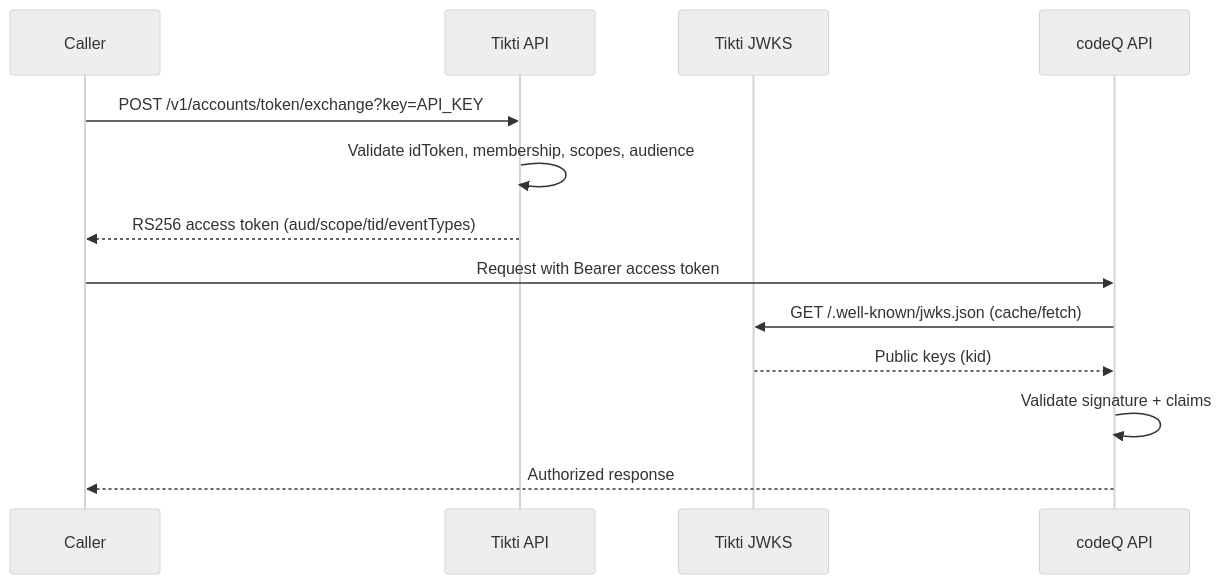
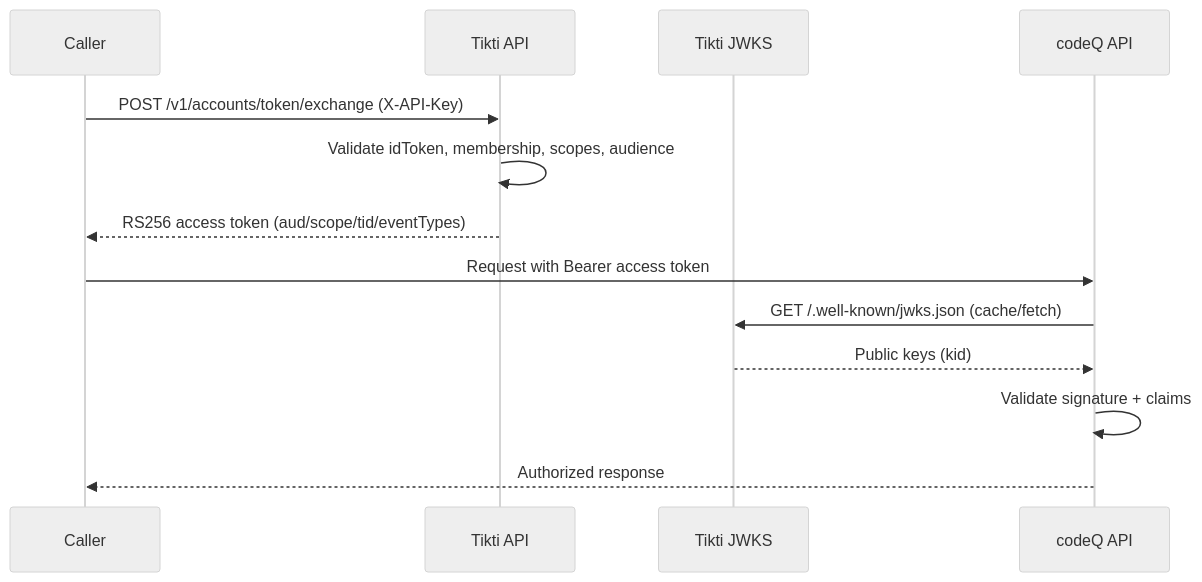
Before and after one commit to osvaldoandrade/tikti: the diagram in wiki/Use-Cases-codeQ-Worker-Token-Exchange.md, drawn with Mermaid (neutral theme). The commit also changed other lines of this file and 28 other files, not shown here.

````diff
--- a/wiki/Use-Cases-codeQ-Worker-Token-Exchange.md
+++ b/wiki/Use-Cases-codeQ-Worker-Token-Exchange.md
@@ -26,16 +26,16 @@
 ```mermaid
 sequenceDiagram
     participant C as Caller
     participant T as Tikti API
     participant J as Tikti JWKS
     participant Q as codeQ API
 
-    C->>T: POST /v1/accounts/token/exchange?key=API_KEY
+    C->>T: POST /v1/accounts/token/exchange (X-API-Key)
     T->>T: Validate idToken, membership, scopes, audience
     T-->>C: RS256 access token (aud/scope/tid/eventTypes)
     C->>Q: Request with Bearer access token
     Q->>J: GET /.well-known/jwks.json (cache/fetch)
     J-->>Q: Public keys (kid)
     Q->>Q: Validate signature + claims
     Q-->>C: Authorized response
 ```
````
